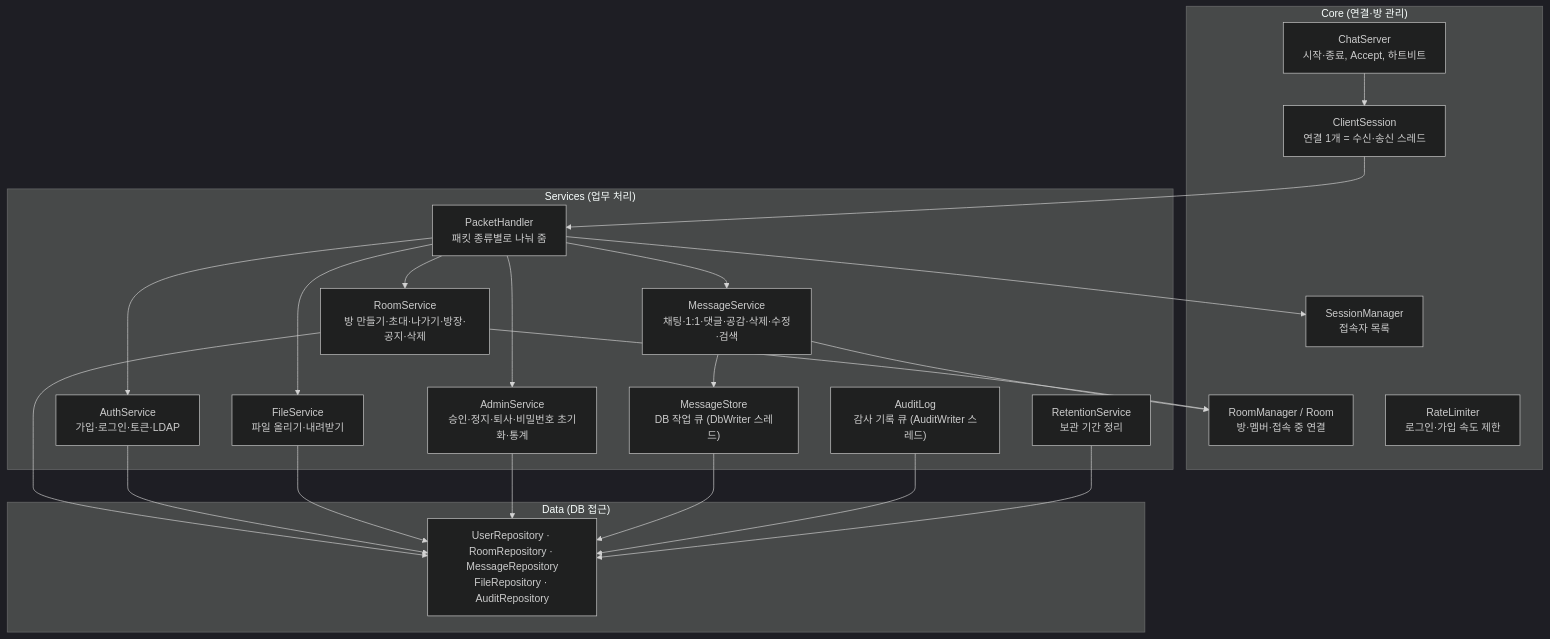
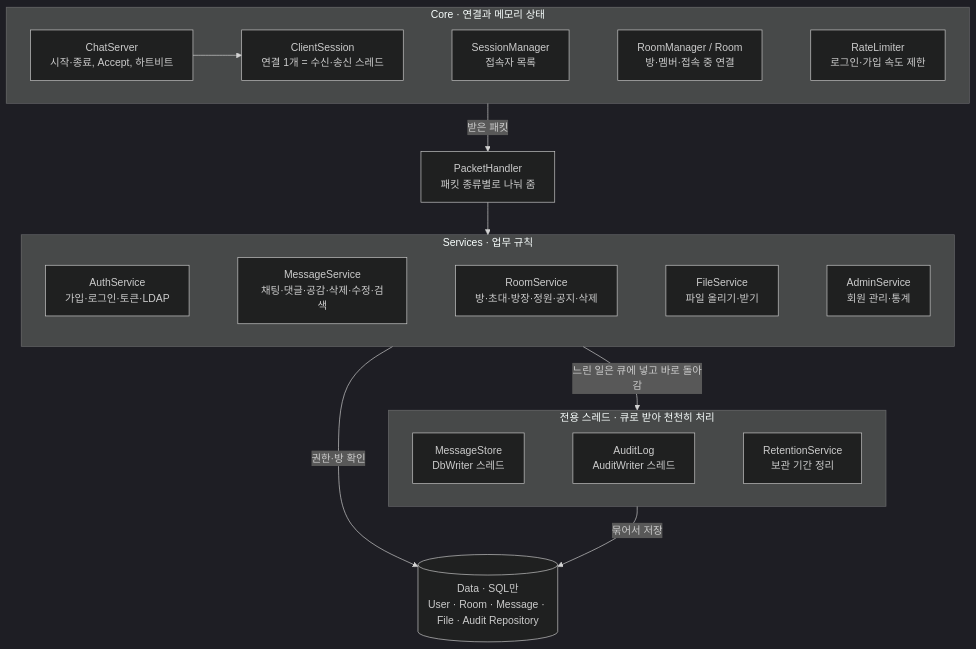
Before and after one commit to mycom0216/TalkProgram: the second of 7 diagrams in docs/ARCHITECTURE.md, drawn with Mermaid (dark theme). The commit also changed other lines of this file and 2 other files, not shown here.

Commit message:
아키텍처 문서·서버 운영 가이드 PDF 추가, 구조도 정리
- docs/사내톡_아키텍처문서.pdf (A4 10쪽), docs/사내톡_서버운영가이드.pdf (A4 2쪽)
- 서버 내부·클라이언트 구조도를 위아래 층으로 다시 배치해 글자가 읽히게 함 (GitHub에서도 동일)

Claude-Session: https://claude.ai/code/session_011YDUEWS9NvpWSUKP7mLYYX

````diff
--- a/docs/ARCHITECTURE.md
+++ b/docs/ARCHITECTURE.md
@@ -66,39 +66,35 @@
 ```mermaid
 flowchart TB
-    subgraph Core["Core (연결·방 관리)"]
-        CS["ChatServer<br/>시작·종료, Accept, 하트비트"]
+    subgraph Core["Core · 연결과 메모리 상태"]
+        direction LR
+        CS["ChatServer<br/>시작·종료, Accept, 하트비트"] --> SES["ClientSession<br/>연결 1개 = 수신·송신 스레드"]
         SM["SessionManager<br/>접속자 목록"]
-        SES["ClientSession<br/>연결 1개 = 수신·송신 스레드"]
         RM["RoomManager / Room<br/>방·멤버·접속 중 연결"]
         RL["RateLimiter<br/>로그인·가입 속도 제한"]
+        SES ~~~ SM ~~~ RM ~~~ RL
     end
-    subgraph Services["Services (업무 처리)"]
-        PH["PacketHandler<br/>패킷 종류별로 나눠 줌"]
+    PH["PacketHandler<br/>패킷 종류별로 나눠 줌"]
+    subgraph Services["Services · 업무 규칙"]
+        direction LR
         AUTH["AuthService<br/>가입·로그인·토큰·LDAP"]
-        MSG["MessageService<br/>채팅·1:1·댓글·공감·삭제·수정·검색"]
-        ROOM["RoomService<br/>방 만들기·초대·나가기·방장·공지·삭제"]
-        FILE["FileService<br/>파일 올리기·내려받기"]
-        ADM["AdminService<br/>승인·정지·퇴사·비밀번호 초기화·통계"]
-        STORE["MessageStore<br/>DB 작업 큐 (DbWriter 스레드)"]
-        AUD["AuditLog<br/>감사 기록 큐 (AuditWriter 스레드)"]
+        MSG["MessageService<br/>채팅·댓글·공감·삭제·수정·검색"]
+        ROOM["RoomService<br/>방·초대·방장·정원·공지·삭제"]
+        FILE["FileService<br/>파일 올리기·받기"]
+        ADM["AdminService<br/>회원 관리·통계"]
+        AUTH ~~~ MSG ~~~ ROOM ~~~ FILE ~~~ ADM
+    end
+    subgraph Workers["전용 스레드 · 큐로 받아 천천히 처리"]
+        direction LR
+        STORE["MessageStore<br/>DbWriter 스레드"]
+        AUD["AuditLog<br/>AuditWriter 스레드"]
         RET["RetentionService<br/>보관 기간 정리"]
+        STORE ~~~ AUD ~~~ RET
     end
-    subgraph Data["Data (DB 접근)"]
-        REPO["UserRepository · RoomRepository · MessageRepository<br/>FileRepository · AuditRepository"]
-    end
+    REPO[("Data · SQL만<br/>User · Room · Message · File · Audit Repository")]
 
-    CS --> SES
-    SES --> PH
-    PH --> AUTH & MSG & ROOM & FILE & ADM
-    MSG --> STORE
-    ROOM --> REPO
-    AUTH --> REPO
-    FILE --> REPO
-    ADM --> REPO
-    STORE --> REPO
-    AUD --> REPO
-    RET --> REPO
-    MSG --> RM
-    ROOM --> RM
-    PH --> SM
+    Core -- "받은 패킷" --> PH
+    PH --> Services
+    Services -- "느린 일은 큐에 넣고 바로 돌아감" --> Workers
+    Services -- "권한·방 확인" --> REPO
+    Workers -- "묶어서 저장" --> REPO
 ```
````
